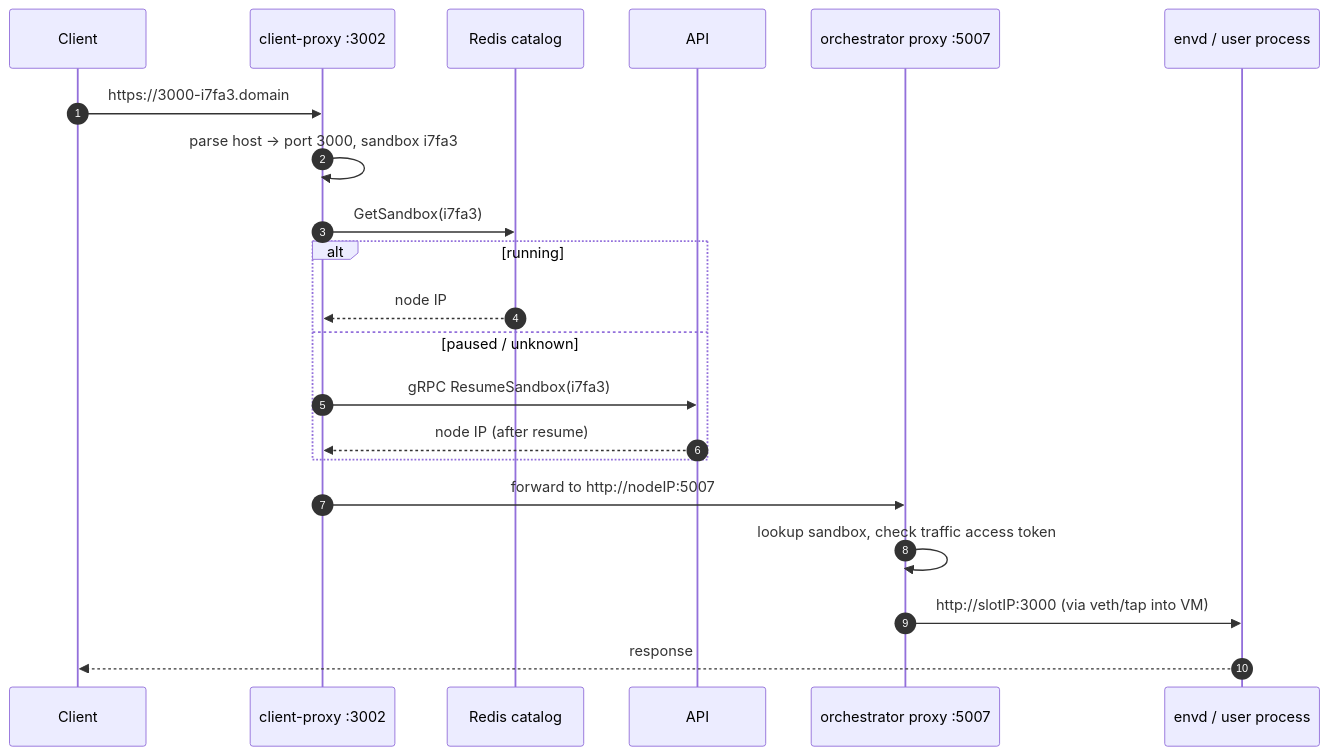
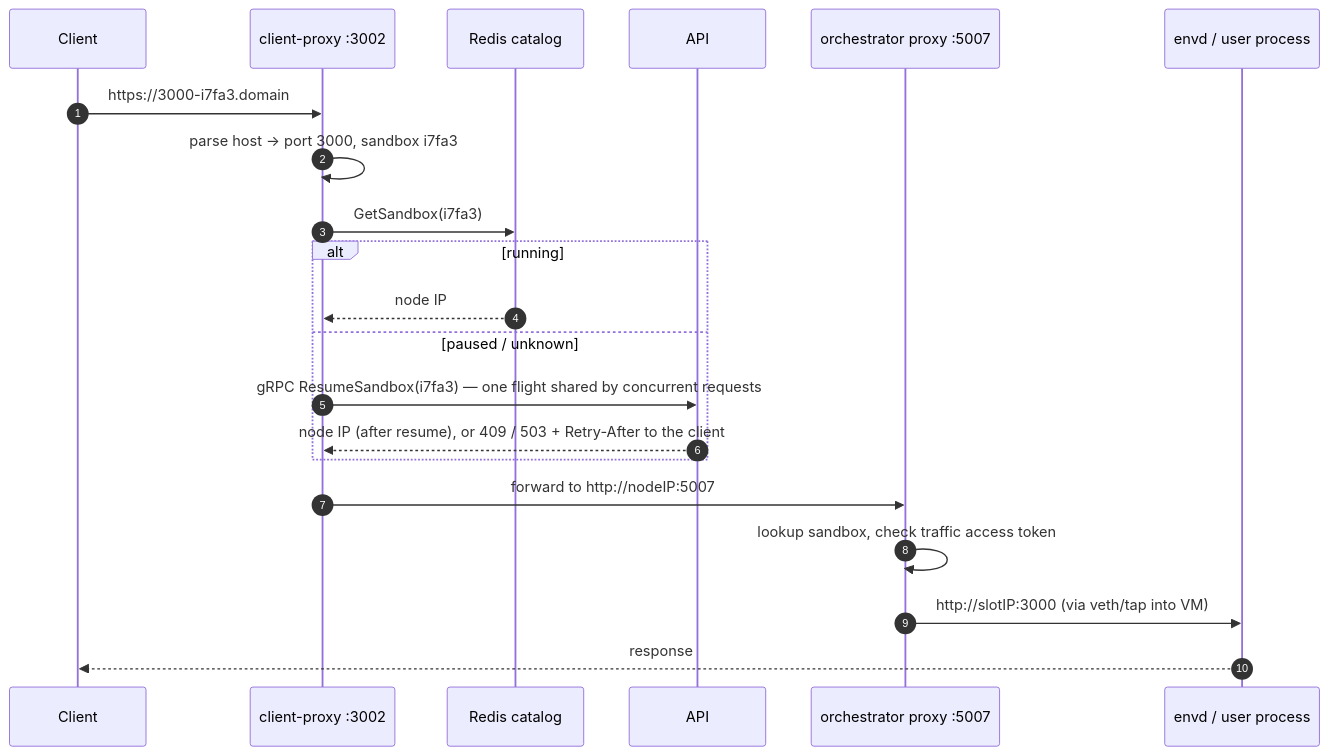
Before and after one commit to e2b-dev/infra: the third of 6 diagrams in docs/ARCHITECTURE.md, drawn with Mermaid. The commit also changed other lines of this file and 51 other files, not shown here.

Commit message:
feat(client-proxy): one resume flight per sandbox, detached from its leader

````diff
--- a/docs/ARCHITECTURE.md
+++ b/docs/ARCHITECTURE.md
@@ -634,24 +676,24 @@
 ```mermaid
 sequenceDiagram
     autonumber
     participant U as Client
     participant CP as client-proxy :3002
     participant R as Redis catalog
     participant API as API
     participant OP as orchestrator proxy :5007
     participant E as envd / user process
 
     U->>CP: https://3000-i7fa3.domain
     CP->>CP: parse host → port 3000, sandbox i7fa3
     CP->>R: GetSandbox(i7fa3)
     alt running
         R-->>CP: node IP
     else paused / unknown
-        CP->>API: gRPC ResumeSandbox(i7fa3)
-        API-->>CP: node IP (after resume)
+        CP->>API: gRPC ResumeSandbox(i7fa3) — one flight shared by concurrent requests
+        API-->>CP: node IP (after resume), or 409 / 503 + Retry-After to the client
     end
     CP->>OP: forward to http://nodeIP:5007
     OP->>OP: lookup sandbox, check traffic access token
     OP->>E: http://slotIP:3000 (via veth/tap into VM)
     E-->>U: response
 ```
````
